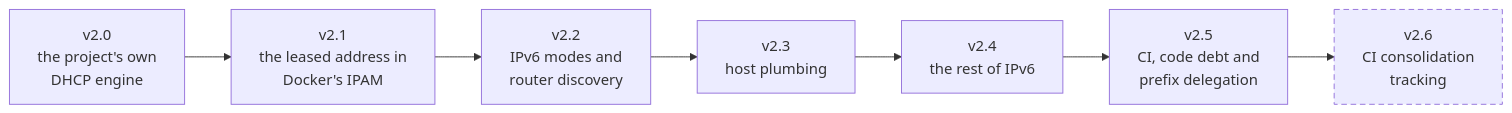
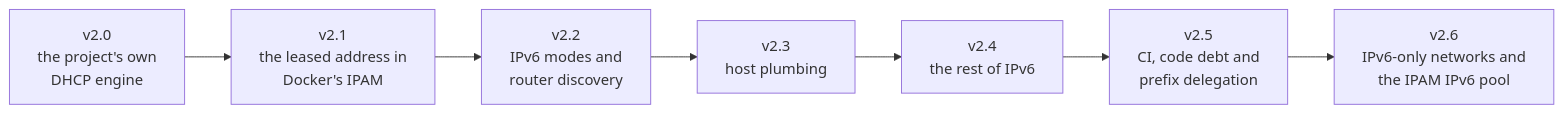
One commit to claymore666/docker-net-dhcp changed the diagram in docs/roadmap.md. Above: the diagram before and after it, drawn with Mermaid. The commit also changed other lines of this file and 2 other files, not shown here.

Commit message:
release: v2.6.0 roadmap, README and index Planned sections state the release as shipped (#1307)

````diff
--- a/docs/roadmap.md
+++ b/docs/roadmap.md
@@ -130,13 +136,11 @@
 ```mermaid
 flowchart LR
     v20["v2.0<br/>the project's own<br/>DHCP engine"]
     v21["v2.1<br/>the leased address in<br/>Docker's IPAM"]
     v22["v2.2<br/>IPv6 modes and<br/>router discovery"]
     v23["v2.3<br/>host plumbing"]
     v24["v2.4<br/>the rest of IPv6"]
     v25["v2.5<br/>CI, code debt and<br/>prefix delegation"]
-    v26["v2.6<br/>CI consolidation<br/>tracking"]
+    v26["v2.6<br/>IPv6-only networks and<br/>the IPAM IPv6 pool"]
     v20 --> v21 --> v22 --> v23 --> v24 --> v25 --> v26
-    classDef planned stroke-dasharray: 6 4
-    class v26 planned
 ```
````
